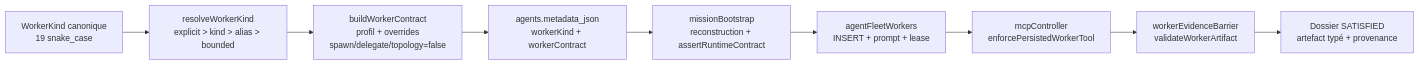
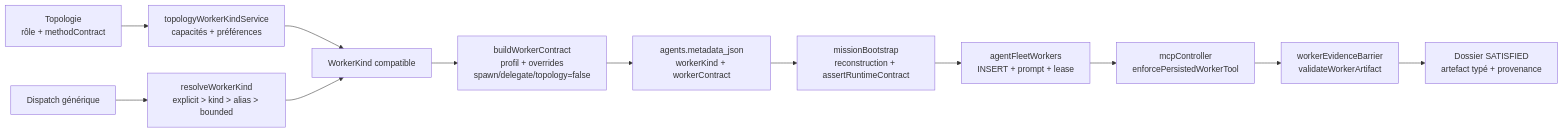
The first of 22 diagrams in docs/03-reference/types-de-workers.md (PISSARAW/GenOS), drawn with Mermaid before and after one commit. The commit also changed other lines of this file and 42 other files, not shown here.

````diff
--- a/docs/03-reference/types-de-workers.md
+++ b/docs/03-reference/types-de-workers.md
@@ -473,11 +505,14 @@
 ```mermaid
 flowchart LR
-  KIND["WorkerKind canonique<br/>19 snake_case"] --> RESOLVE["resolveWorkerKind<br/>explicit > kind > alias > bounded"]
+  COMPOSE["Topologie<br/>rôle + methodContract"] --> SELECT["topologyWorkerKindService<br/>capacités + préférences"]
+  SELECT --> RESOLVE["WorkerKind compatible"]
+  GENERIC["Dispatch générique"] --> FALLBACK["resolveWorkerKind<br/>explicit > kind > alias > bounded"]
+  FALLBACK --> RESOLVE
   RESOLVE --> BUILD["buildWorkerContract<br/>profil + overrides<br/>spawn/delegate/topology=false"]
   BUILD --> PERSIST["agents.metadata_json<br/>workerKind + workerContract"]
   PERSIST --> BOOT["missionBootstrap<br/>reconstruction + assertRuntimeContract"]
   BOOT --> DISPATCH["agentFleetWorkers<br/>INSERT + prompt + lease"]
   DISPATCH --> MCP["mcpController<br/>enforcePersistedWorkerTool"]
   MCP --> BARRIER["workerEvidenceBarrier<br/>validateWorkerArtifact"]
   BARRIER --> DOSSIER["Dossier SATISFIED<br/>artefact typé + provenance"]
 ```
````
